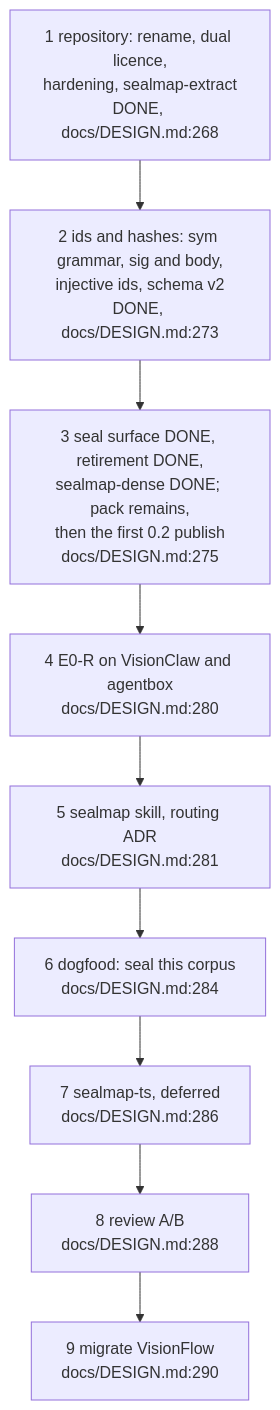
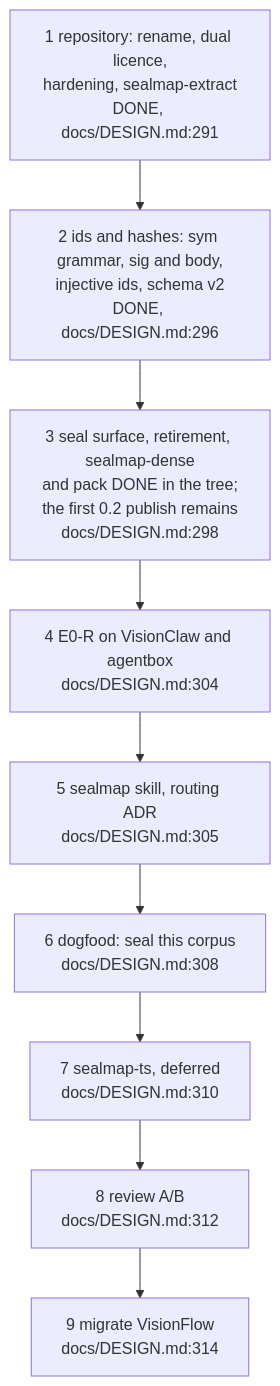
Before and after one commit to DreamLab-AI/codemaid: the second of 6 diagrams in docs/diagrams/delivery/02-design-versus-code.md, drawn with Mermaid. The commit also changed other lines of this file and 23 other files, not shown here.

````diff
--- a/docs/diagrams/delivery/02-design-versus-code.md
+++ b/docs/diagrams/delivery/02-design-versus-code.md
@@ -99,13 +101,13 @@
 ```mermaid
 flowchart TB
-    S1["1 repository: rename, dual licence,<br/>hardening, sealmap-extract<br/>DONE, docs/DESIGN.md:268"]
-    S2["2 ids and hashes: sym grammar, sig and body,<br/>injective ids, schema v2<br/>DONE, docs/DESIGN.md:273"]
-    S3["3 seal surface DONE, retirement DONE,<br/>sealmap-dense DONE; pack remains,<br/>then the first 0.2 publish<br/>docs/DESIGN.md:275"]
-    S4["4 E0-R on VisionClaw and agentbox<br/>docs/DESIGN.md:280"]
-    S5["5 sealmap skill, routing ADR<br/>docs/DESIGN.md:281"]
-    S6["6 dogfood: seal this corpus<br/>docs/DESIGN.md:284"]
-    S7["7 sealmap-ts, deferred<br/>docs/DESIGN.md:286"]
-    S8["8 review A/B<br/>docs/DESIGN.md:288"]
-    S9["9 migrate VisionFlow<br/>docs/DESIGN.md:290"]
+    S1["1 repository: rename, dual licence,<br/>hardening, sealmap-extract<br/>DONE, docs/DESIGN.md:291"]
+    S2["2 ids and hashes: sym grammar, sig and body,<br/>injective ids, schema v2<br/>DONE, docs/DESIGN.md:296"]
+    S3["3 seal surface, retirement, sealmap-dense<br/>and pack DONE in the tree;<br/>the first 0.2 publish remains<br/>docs/DESIGN.md:298"]
+    S4["4 E0-R on VisionClaw and agentbox<br/>docs/DESIGN.md:304"]
+    S5["5 sealmap skill, routing ADR<br/>docs/DESIGN.md:305"]
+    S6["6 dogfood: seal this corpus<br/>docs/DESIGN.md:308"]
+    S7["7 sealmap-ts, deferred<br/>docs/DESIGN.md:310"]
+    S8["8 review A/B<br/>docs/DESIGN.md:312"]
+    S9["9 migrate VisionFlow<br/>docs/DESIGN.md:314"]
     S1 --> S2 --> S3 --> S4 --> S5 --> S6 --> S7 --> S8 --> S9
 ```
````
